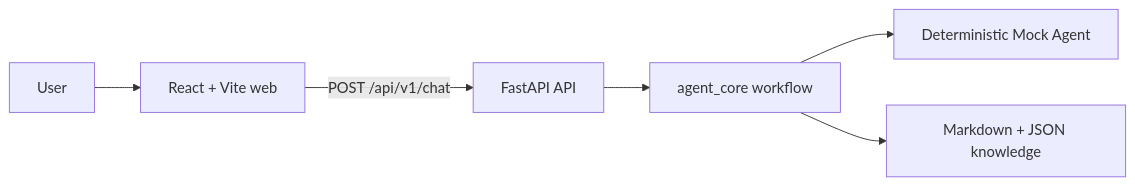
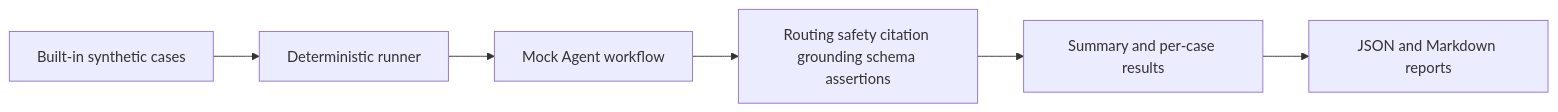
One commit to YueLi1994/openhr-agent changed the third of 3 diagrams in README.md. Above: the diagram before and after it, drawn with Mermaid. The commit also changed other lines of this file and 25 other files, not shown here.

````diff
--- a/README.md
+++ b/README.md
@@ -21,8 +43,8 @@
 ```mermaid
 flowchart LR
-  U[User] --> W[React + Vite web]
-  W -->|POST /api/v1/chat| A[FastAPI API]
-  A --> C[agent_core workflow]
-  C --> M[Deterministic Mock Agent]
-  C --> K[Markdown + JSON knowledge]
+  CASES[Built-in synthetic cases] --> RUNNER[Deterministic runner]
+  RUNNER --> AGENT[Mock Agent workflow]
+  AGENT --> ASSERT[Routing safety citation grounding schema assertions]
+  ASSERT --> SUMMARY[Summary and per-case results]
+  SUMMARY --> REPORTS[JSON and Markdown reports]
 ```
````
